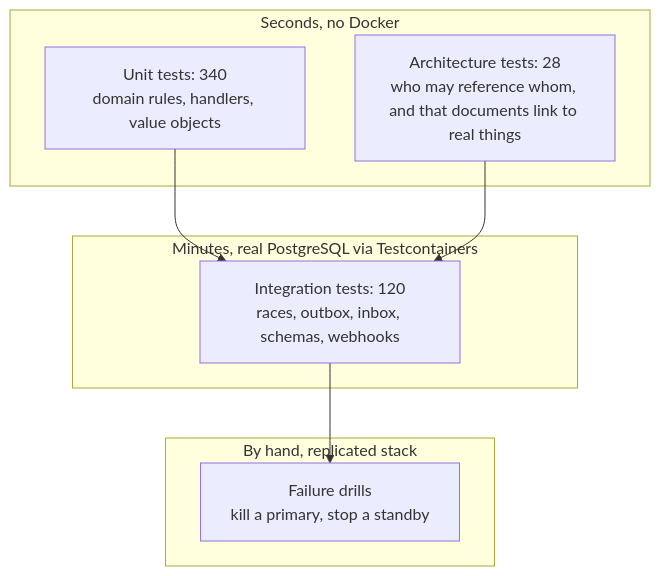
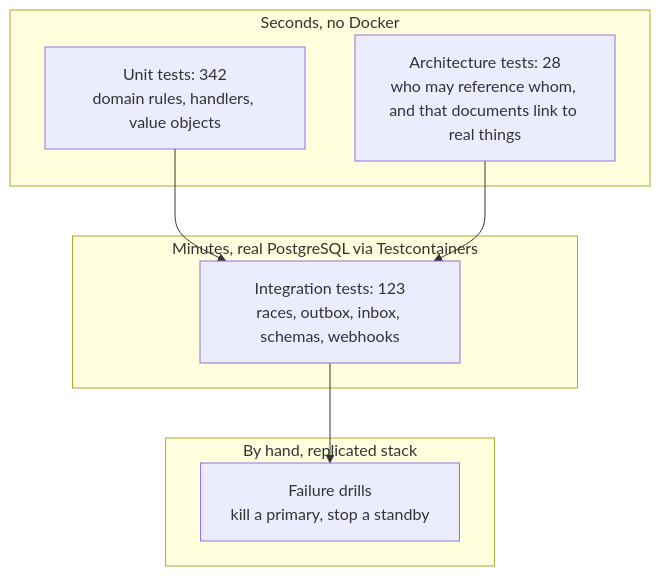
The first of 2 diagrams in docs/TESTS_THAT_TEACH.md (maysamgamini/crowdfundinghub), drawn with Mermaid before and after one commit. The commit also changed other lines of this file and 10 other files, not shown here.

````diff
--- a/docs/TESTS_THAT_TEACH.md
+++ b/docs/TESTS_THAT_TEACH.md
@@ -7,16 +7,16 @@
 ```mermaid
 flowchart TB
     subgraph Fast["Seconds, no Docker"]
-        U["Unit tests: 340<br/>domain rules, handlers, value objects"]
+        U["Unit tests: 342<br/>domain rules, handlers, value objects"]
         A["Architecture tests: 28<br/>who may reference whom, and that documents link to real things"]
     end
     subgraph Slow["Minutes, real PostgreSQL via Testcontainers"]
-        I["Integration tests: 120<br/>races, outbox, inbox, schemas, webhooks"]
+        I["Integration tests: 123<br/>races, outbox, inbox, schemas, webhooks"]
     end
     subgraph Drills["By hand, replicated stack"]
         D["Failure drills<br/>kill a primary, stop a standby"]
     end
     U --> I
     A --> I
     I --> D
 ```
````
